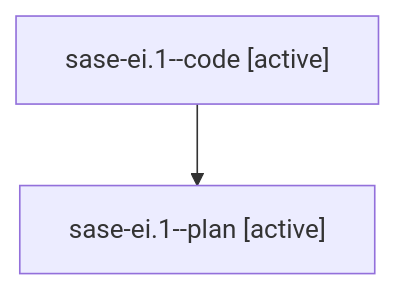
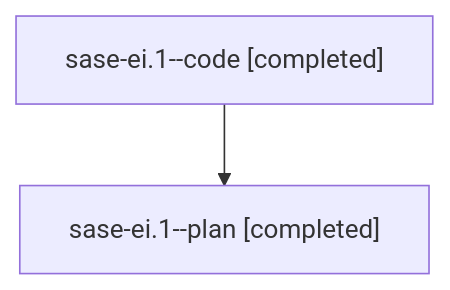
One commit to sase-org/sase--agents changed the diagram in families/bbugyi200.athena.sase-ei.1.md. Above: the diagram before and after it, drawn with Mermaid. The commit also changed other lines of this file and 50 other files, not shown here.

````diff
--- a/families/bbugyi200.athena.sase-ei.1.md
+++ b/families/bbugyi200.athena.sase-ei.1.md
@@ -9,6 +9,6 @@
 ```mermaid
 flowchart TD
-  n0["sase-ei.1--code [active]"]
-  n1["sase-ei.1--plan [active]"]
+  n0["sase-ei.1--code [completed]"]
+  n1["sase-ei.1--plan [completed]"]
   n0 --> n1
 ```
````
